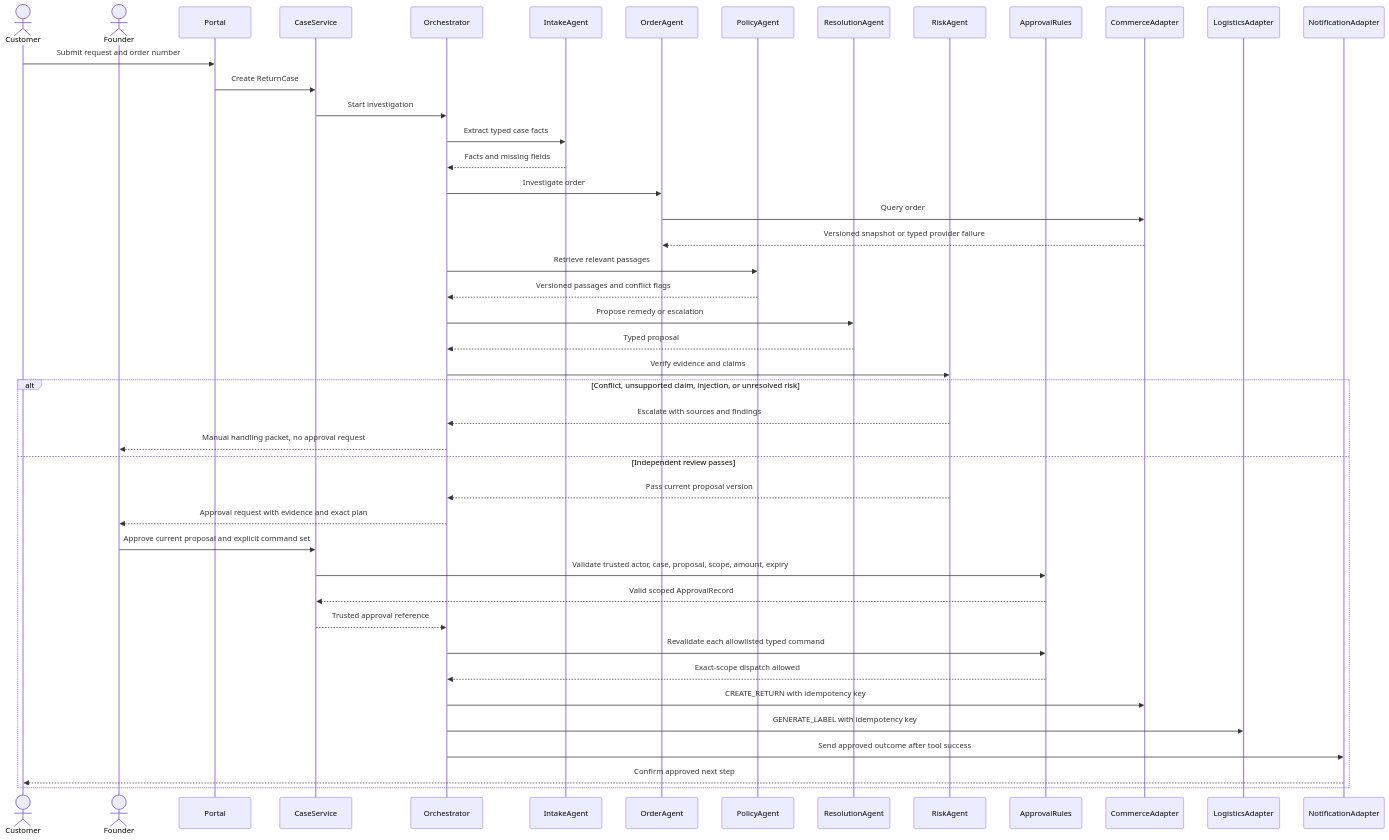
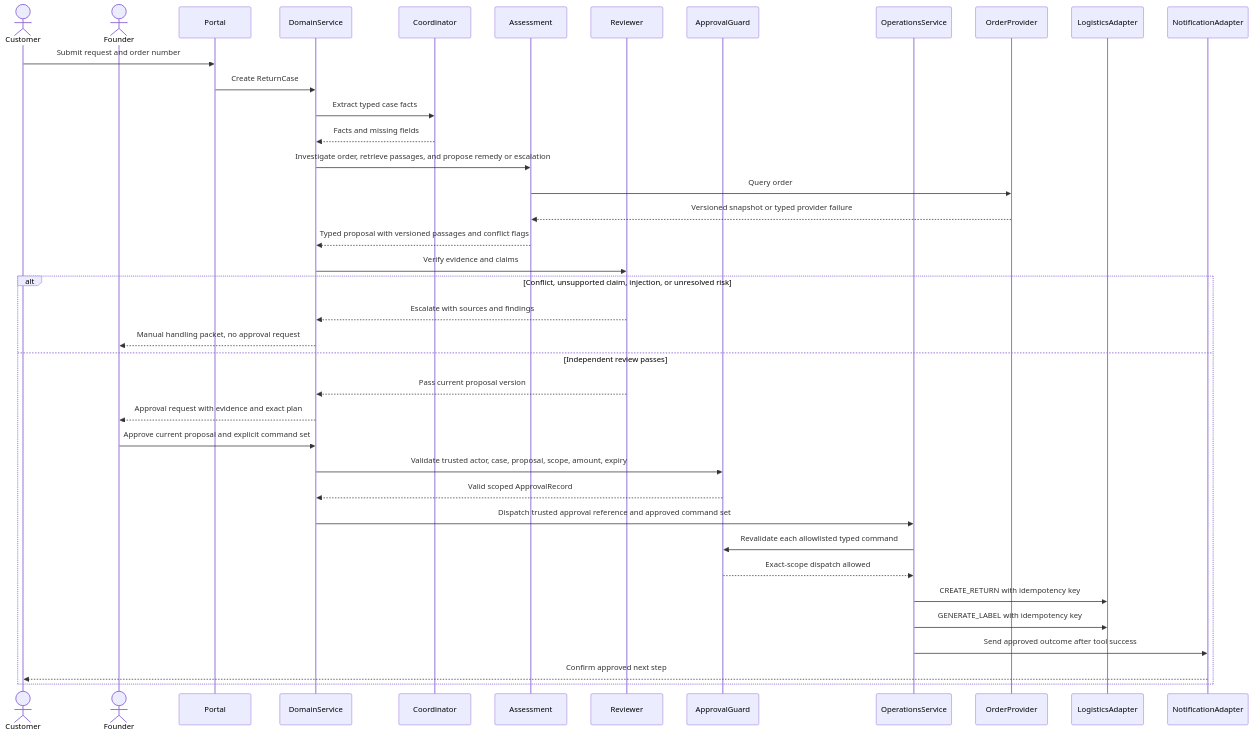
Before and after one commit to shuxiachai/returnops-au: the third of 3 diagrams in docs/02-system-design.md, drawn with Mermaid. The commit also changed other lines of this file and 2 other files, not shown here.

Commit message:
docs: rebaseline UML models onto the three-agent baseline
D-04 in docs/00-project-definition-v1.md section 16 adopts three AI agents
plus one deterministic Operations Service, but the sequence diagram, the
system design primary sequence and the charter agent table still showed the
superseded seven-agent decomposition. Section 17 item 4 asks for that update
as one traceable baseline-adoption change.

- collapse Order, Evidence, Policy and Remedy into the Returns Assessment
  Agent, whose responsibilities section 4.2 already lists
- rename the Workflow Orchestrator to the Domain Service per section 11.1,
  the approval rules to the Approval Guard, and the Operations Agent to the
  Deterministic Operations Service, which section 4.5 says is not an agent
- separate the read-only Mock Order Provider from the Mock Returns and
  Logistics Provider so section 10.4 invariants 1 and 2 are checkable
- add the Versioned Policy Corpus and Founder Dashboard as lifelines

All behavioural branches are preserved: the sequence diagram keeps the same
11 alt, 14 else, 1 opt and 2 loop blocks.

````diff
--- a/docs/02-system-design.md
+++ b/docs/02-system-design.md
@@ -125,48 +138,42 @@
 ```mermaid
 sequenceDiagram
     actor Customer
     actor Founder
     participant Portal
-    participant CaseService
-    participant Orchestrator
-    participant IntakeAgent
-    participant OrderAgent
-    participant PolicyAgent
-    participant ResolutionAgent
-    participant RiskAgent
-    participant ApprovalRules
-    participant CommerceAdapter
+    participant DomainService
+    participant Coordinator
+    participant Assessment
+    participant Reviewer
+    participant ApprovalGuard
+    participant OperationsService
+    participant OrderProvider
     participant LogisticsAdapter
     participant NotificationAdapter
 
     Customer->>Portal: Submit request and order number
-    Portal->>CaseService: Create ReturnCase
-    CaseService->>Orchestrator: Start investigation
-    Orchestrator->>IntakeAgent: Extract typed case facts
-    IntakeAgent-->>Orchestrator: Facts and missing fields
-    Orchestrator->>OrderAgent: Investigate order
-    OrderAgent->>CommerceAdapter: Query order
-    CommerceAdapter-->>OrderAgent: Versioned snapshot or typed provider failure
-    Orchestrator->>PolicyAgent: Retrieve relevant passages
-    PolicyAgent-->>Orchestrator: Versioned passages and conflict flags
-    Orchestrator->>ResolutionAgent: Propose remedy or escalation
-    ResolutionAgent-->>Orchestrator: Typed proposal
-    Orchestrator->>RiskAgent: Verify evidence and claims
+    Portal->>DomainService: Create ReturnCase
+    DomainService->>Coordinator: Extract typed case facts
+    Coordinator-->>DomainService: Facts and missing fields
+    DomainService->>Assessment: Investigate order, retrieve passages, and propose remedy or escalation
+    Assessment->>OrderProvider: Query order
+    OrderProvider-->>Assessment: Versioned snapshot or typed provider failure
+    Assessment-->>DomainService: Typed proposal with versioned passages and conflict flags
+    DomainService->>Reviewer: Verify evidence and claims
     alt Conflict, unsupported claim, injection, or unresolved risk
-        RiskAgent-->>Orchestrator: Escalate with sources and findings
-        Orchestrator-->>Founder: Manual handling packet, no approval request
+        Reviewer-->>DomainService: Escalate with sources and findings
+        DomainService-->>Founder: Manual handling packet, no approval request
     else Independent review passes
-        RiskAgent-->>Orchestrator: Pass current proposal version
-        Orchestrator-->>Founder: Approval request with evidence and exact plan
-        Founder->>CaseService: Approve current proposal and explicit command set
-        CaseService->>ApprovalRules: Validate trusted actor, case, proposal, scope, amount, expiry
-        ApprovalRules-->>CaseService: Valid scoped ApprovalRecord
-        CaseService-->>Orchestrator: Trusted approval reference
-        Orchestrator->>ApprovalRules: Revalidate each allowlisted typed command
-        ApprovalRules-->>Orchestrator: Exact-scope dispatch allowed
-        Orchestrator->>CommerceAdapter: CREATE_RETURN with idempotency key
-        Orchestrator->>LogisticsAdapter: GENERATE_LABEL with idempotency key
-        Orchestrator->>NotificationAdapter: Send approved outcome after tool success
+        Reviewer-->>DomainService: Pass current proposal version
+        DomainService-->>Founder: Approval request with evidence and exact plan
+        Founder->>DomainService: Approve current proposal and explicit command set
+        DomainService->>ApprovalGuard: Validate trusted actor, case, proposal, scope, amount, expiry
+        ApprovalGuard-->>DomainService: Valid scoped ApprovalRecord
+        DomainService->>OperationsService: Dispatch trusted approval reference and approved command set
+        OperationsService->>ApprovalGuard: Revalidate each allowlisted typed command
+        ApprovalGuard-->>OperationsService: Exact-scope dispatch allowed
+        OperationsService->>LogisticsAdapter: CREATE_RETURN with idempotency key
+        OperationsService->>LogisticsAdapter: GENERATE_LABEL with idempotency key
+        OperationsService->>NotificationAdapter: Send approved outcome after tool success
         NotificationAdapter-->>Customer: Confirm approved next step
     end
 ```
````
